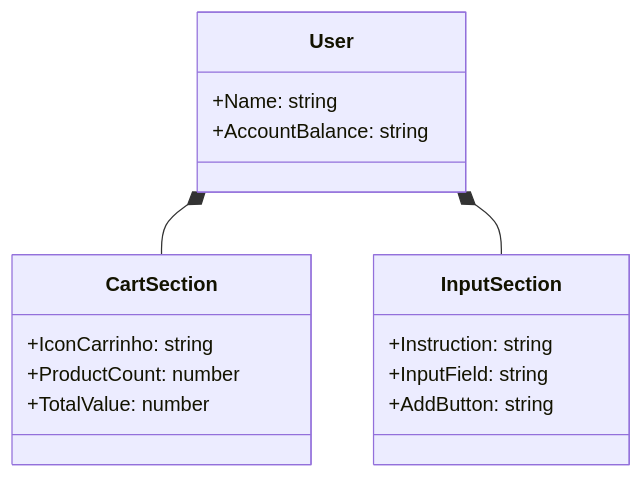
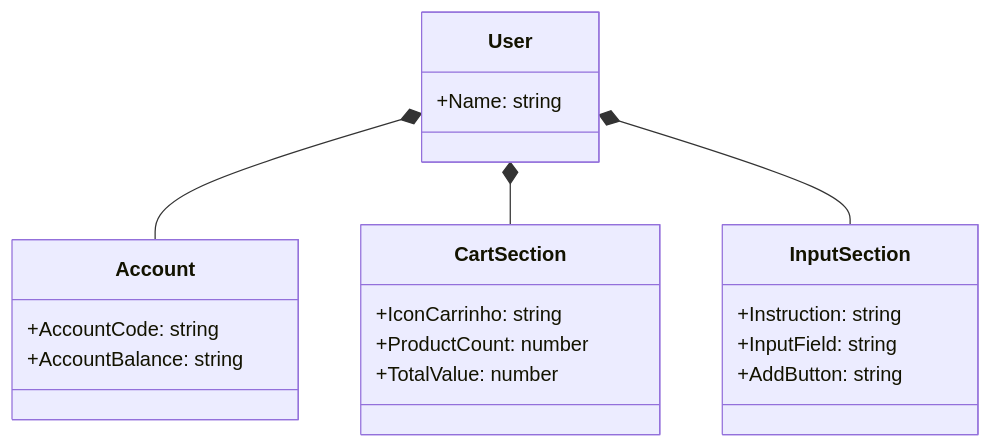
Before and after one commit to leoIribarne/API_java_17: the diagram in README.md, drawn with Mermaid.

````diff
--- a/README.md
+++ b/README.md
@@ -3,23 +3,28 @@
 ```mermaid
 classDiagram
     class User {
         +Name: string
+    }
+    class Account {
+        +AccountCode: string
         +AccountBalance: string
     }
     class CartSection {
         +IconCarrinho: string
         +ProductCount: number
         +TotalValue: number
     }
     class InputSection {
         +Instruction: string
         +InputField: string
         +AddButton: string
     }
 
-  
+   
+
+    User *-- Account
     User *-- CartSection
     User *-- InputSection
  
 
 ```
````
